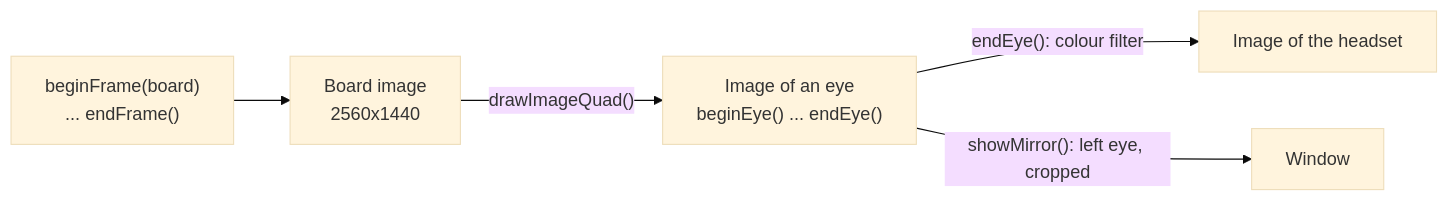
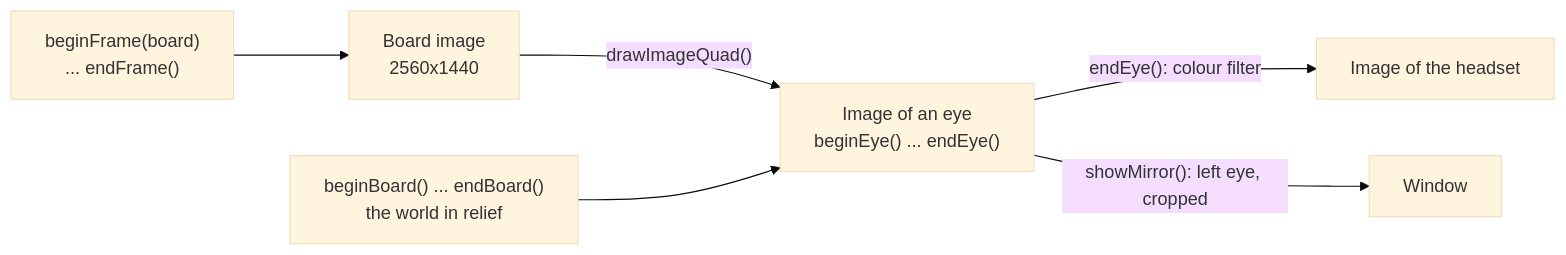
One commit to Akinator31/Rtype changed the second of 2 diagrams in docs/architecture/rendering.md. Above: the diagram before and after it, drawn with Mermaid (base theme). The commit also changed other lines of this file and 5 other files, not shown here.

Commit message:
docs(vr): document the board in relief

````diff
--- a/docs/architecture/rendering.md
+++ b/docs/architecture/rendering.md
@@ -244,7 +245,8 @@
 ```mermaid
 flowchart LR
     Frame["beginFrame(board)<br/>... endFrame()"] --> Board["Board image<br/>2560x1440"]
     Board -- "drawImageQuad()" --> Eye["Image of an eye<br/>beginEye() ... endEye()"]
+    Relief["beginBoard() ... endBoard()<br/>the world in relief"] --> Eye
     Eye -- "endEye(): colour filter" --> Headset["Image of the headset"]
     Eye -- "showMirror(): left eye, cropped" --> Window["Window"]
 ```
````
